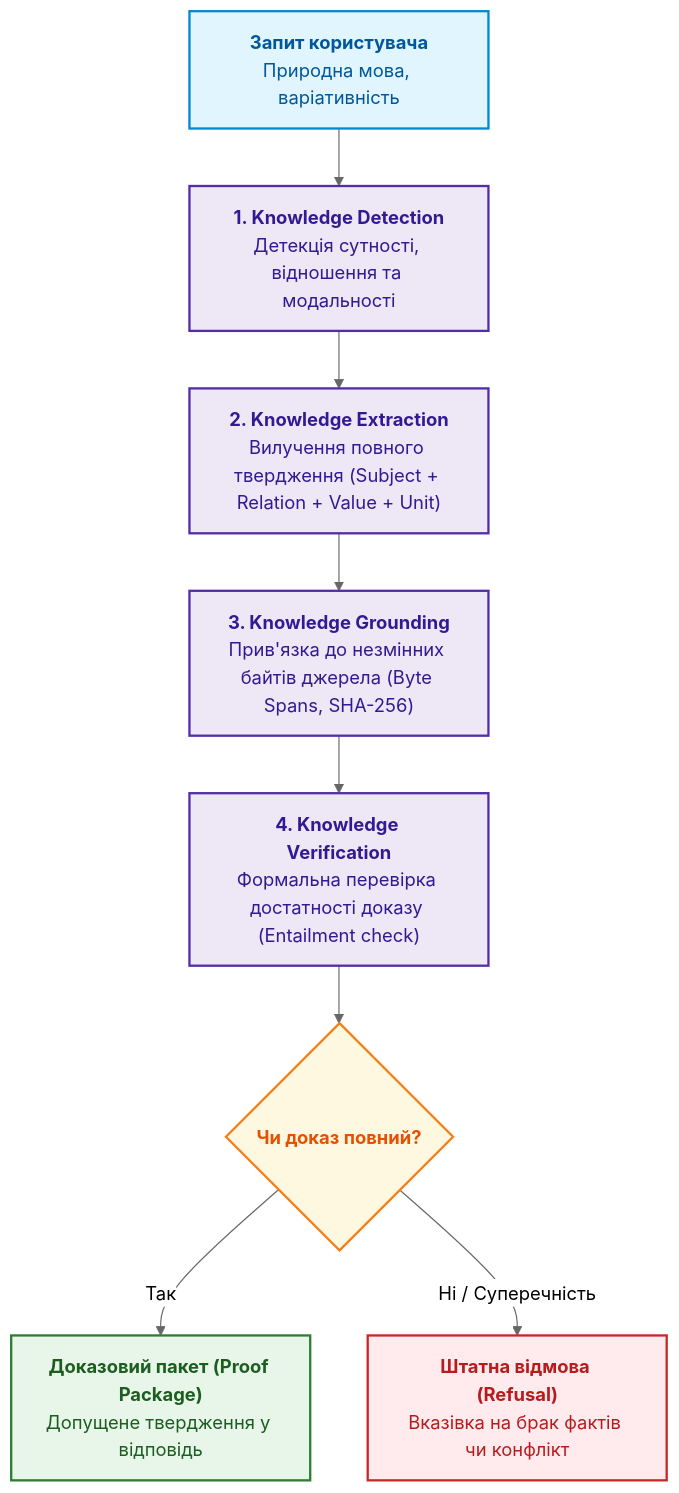
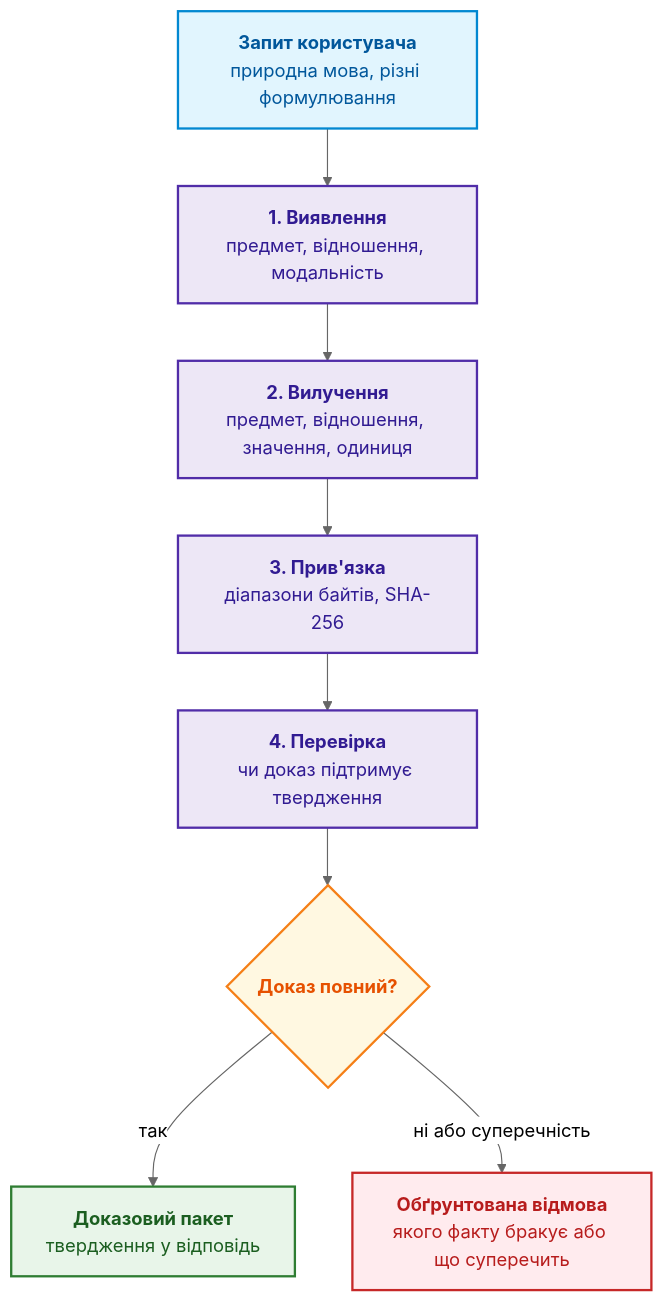
Before and after one commit to nick-fedchik/articles: the first of 7 diagrams in ExpertSystem/ch19-from-question-to-evidence.md, drawn with Mermaid (neutral theme). The commit also changed other lines of this file, not shown here.

````diff
--- a/ExpertSystem/ch19-from-question-to-evidence.md
+++ b/ExpertSystem/ch19-from-question-to-evidence.md
@@ -26,25 +26,25 @@
 ```mermaid
 flowchart TD
-    accTitle: Чотири складові перетворення запитання на доказовий ланцюг
-    accDescr: Послідовність операцій - виявлення знання, видобування твердження, прив'язування до байтів оригіналу та логічна перевірка підтримки.
+    accTitle: Чотири етапи перетворення запитання на доказ
+    accDescr: Запит проходить виявлення знання, вилучення твердження, прив'язку до байтів джерела та перевірку підтримки; повний доказ дає доказовий пакет, неповний дає обґрунтовану відмову.
 
-    Q["<b>Запит користувача</b><br/>Природна мова, варіативність"] --> D["<b>1. Knowledge Detection</b><br/>Детекція сутності, відношення та модальності"]
-    D --> E["<b>2. Knowledge Extraction</b><br/>Вилучення повного твердження (Subject + Relation + Value + Unit)"]
-    E --> G["<b>3. Knowledge Grounding</b><br/>Прив'язка до незмінних байтів джерела (Byte Spans, SHA-256)"]
-    G --> V["<b>4. Knowledge Verification</b><br/>Формальна перевірка достатності доказу (Entailment check)"]
-    V --> C{"<b>Чи доказ повний?</b>"}
-    C -->|Так| R["<b>Доказовий пакет (Proof Package)</b><br/>Допущене твердження у відповідь"]
-    C -->|Ні / Суперечність| REF["<b>Штатна відмова (Refusal)</b><br/>Вказівка на брак фактів чи конфлікт"]
+    Q["<b>Запит користувача</b><br/>природна мова, різні формулювання"] --> D["<b>1. Виявлення</b><br/>предмет, відношення, модальність"]
+    D --> E["<b>2. Вилучення</b><br/>предмет, відношення, значення, одиниця"]
+    E --> G["<b>3. Прив'язка</b><br/>діапазони байтів, SHA-256"]
+    G --> V["<b>4. Перевірка</b><br/>чи доказ підтримує твердження"]
+    V --> C{"<b>Доказ повний?</b>"}
+    C -->|так| R["<b>Доказовий пакет</b><br/>твердження у відповідь"]
+    C -->|ні або суперечність| REF["<b>Обґрунтована відмова</b><br/>якого факту бракує або що суперечить"]
 
     classDef in fill:#e1f5fe,stroke:#0288d1,stroke-width:2px,color:#01579b;
     classDef step fill:#ede7f6,stroke:#512da8,stroke-width:2px,color:#311b92;
     classDef gate fill:#fff8e1,stroke:#f57f17,stroke-width:2px,color:#e65100;
     classDef ok fill:#e8f5e9,stroke:#2e7d32,stroke-width:2px,color:#1b5e20;
     classDef no fill:#ffebee,stroke:#c62828,stroke-width:2px,color:#b71c1c;
 
     class Q in;
     class D,E,G,V step;
     class C gate;
     class R ok;
     class REF no;
 ```
````
